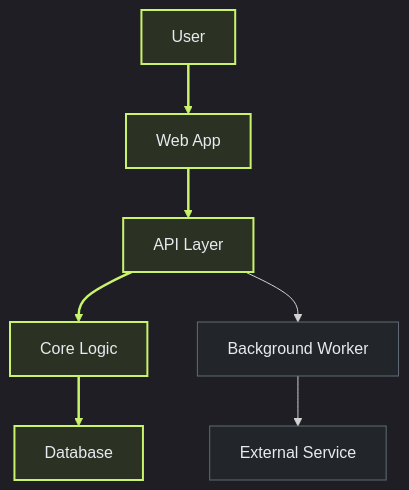
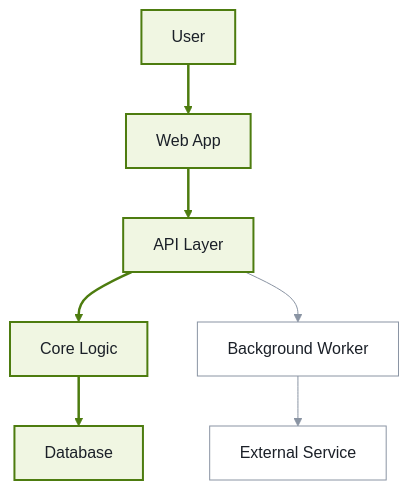
Before and after one commit to adianvel/codebase-map: the diagram in README.md, drawn with Mermaid. The commit also changed other lines of this file and 6 other files, not shown here.

````diff
--- a/README.md
+++ b/README.md
@@ -70,17 +70,17 @@
 ```mermaid
-%%{init: {"theme":"dark","themeVariables":{"background":"#17191D","fontFamily":"system-ui"}}}%%
+%%{init: {"theme":"base","themeVariables":{"background":"#F6F7F9","primaryColor":"#FFFFFF","primaryTextColor":"#1B2028","primaryBorderColor":"#8A94A3","lineColor":"#8A94A3","fontFamily":"system-ui"}}}%%
 flowchart TB
     user["User"] --> web["Web App"]
     web --> api["API Layer"]
     api --> core["Core Logic"]
     core --> db["Database"]
 
     api --> worker["Background Worker"]
     worker --> external["External Service"]
 
-    classDef node fill:#22262B,stroke:#626B77,color:#E7EBF0;
-    classDef focus fill:#2B3223,stroke:#C9F36B,stroke-width:2px,color:#E7EBF0;
+    classDef node fill:#FFFFFF,stroke:#8A94A3,color:#1B2028;
+    classDef focus fill:#F0F6E2,stroke:#4D7C0F,stroke-width:2px,color:#1B2028;
     class user,web,api,core,db focus;
     class worker,external node;
-    linkStyle 0,1,2,3 stroke:#C9F36B,stroke-width:2.5px;
+    linkStyle 0,1,2,3 stroke:#4D7C0F,stroke-width:2.5px;
 ```
````
